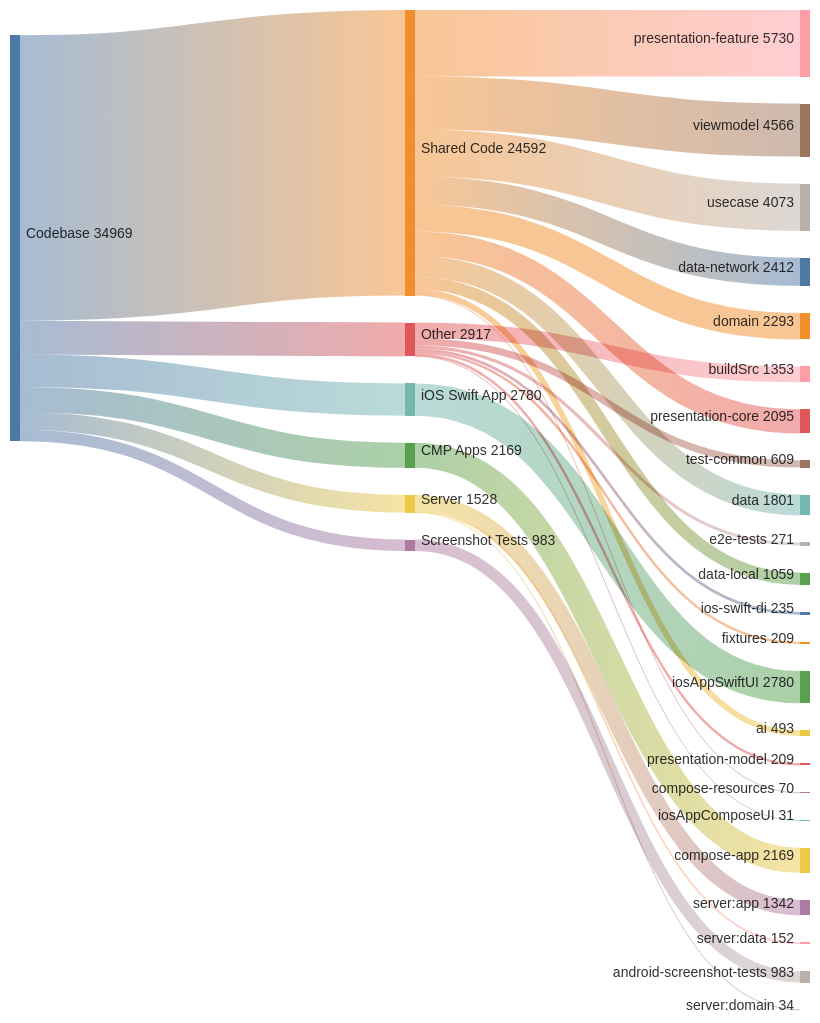
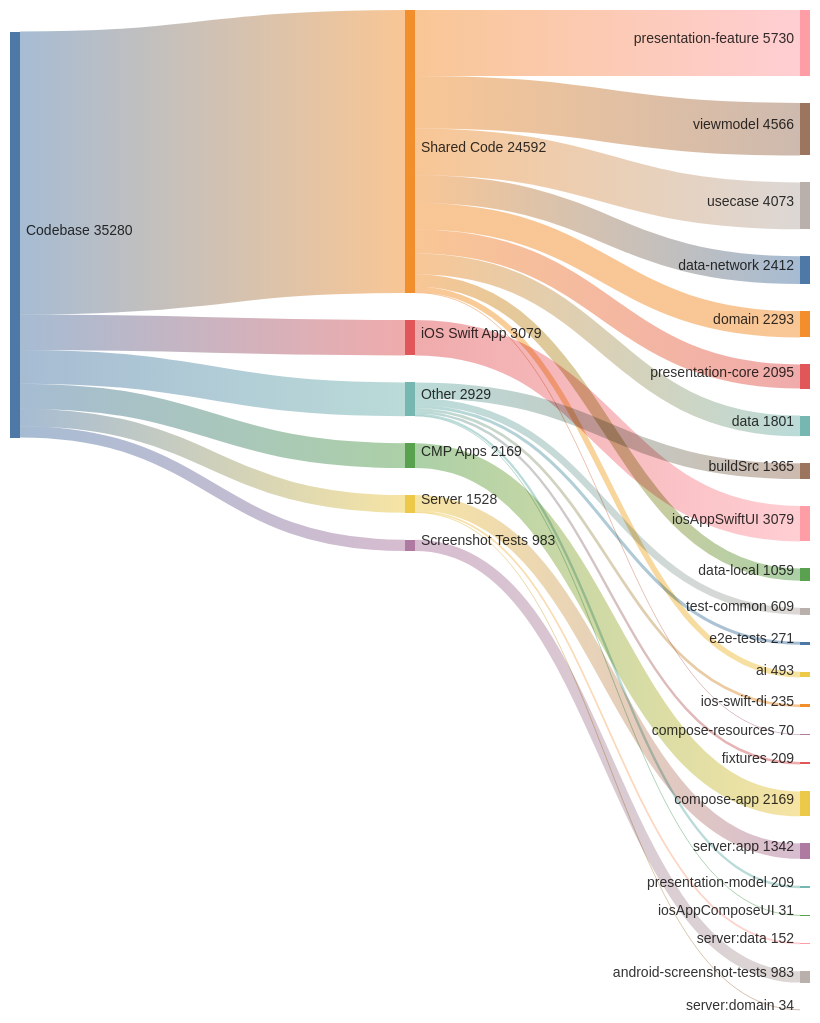
Before and after one commit to cartland/battery-butler: the diagram in docs/CODE_ANALYSIS.md, drawn with Mermaid. The commit also changed other lines of this file and 4 other files, not shown here.

First line of the commit message:
feat: Auto-generate Sankey chart in code analysis report (#880)

````diff
--- a/docs/CODE_ANALYSIS.md
+++ b/docs/CODE_ANALYSIS.md
@@ -41,48 +41,49 @@
 ```mermaid
 ---
 config:
   sankey:
     showValues: true
     width: 800
     height: 1000
     nodeAlignment: justify
     linkColor: gradient
 ---
 sankey-beta
 
 Codebase,Shared Code,24592
-Codebase,Other,2917
-Codebase,iOS Swift App,2780
+Codebase,iOS Swift App,3079
+Codebase,Other,2929
 Codebase,CMP Apps,2169
 Codebase,Server,1528
 Codebase,Screenshot Tests,983
 
 Shared Code,presentation-feature,5730
 Shared Code,viewmodel,4566
 Shared Code,usecase,4073
 Shared Code,data-network,2412
 Shared Code,domain,2293
 Shared Code,presentation-core,2095
 Shared Code,data,1801
 Shared Code,data-local,1059
 Shared Code,ai,493
 Shared Code,compose-resources,70
 
-Other,buildSrc,1353
+iOS Swift App,iosAppSwiftUI,3079
+
+Other,buildSrc,1365
 Other,test-common,609
 Other,e2e-tests,271
 Other,ios-swift-di,235
 Other,fixtures,209
 Other,presentation-model,209
 Other,iosAppComposeUI,31
-
-iOS Swift App,iosAppSwiftUI,2780
 
 CMP Apps,compose-app,2169
 
 Server,server:app,1342
 Server,server:data,152
 Server,server:domain,34
 
 Screenshot Tests,android-screenshot-tests,983
+
 ```
````
